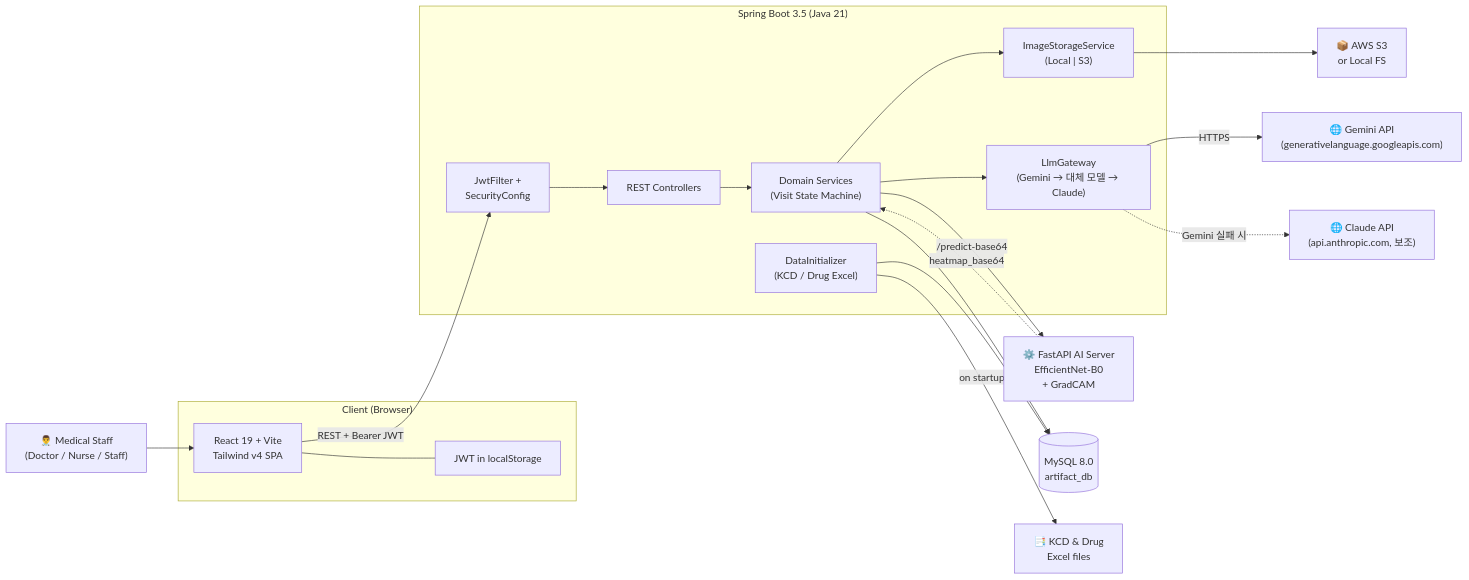
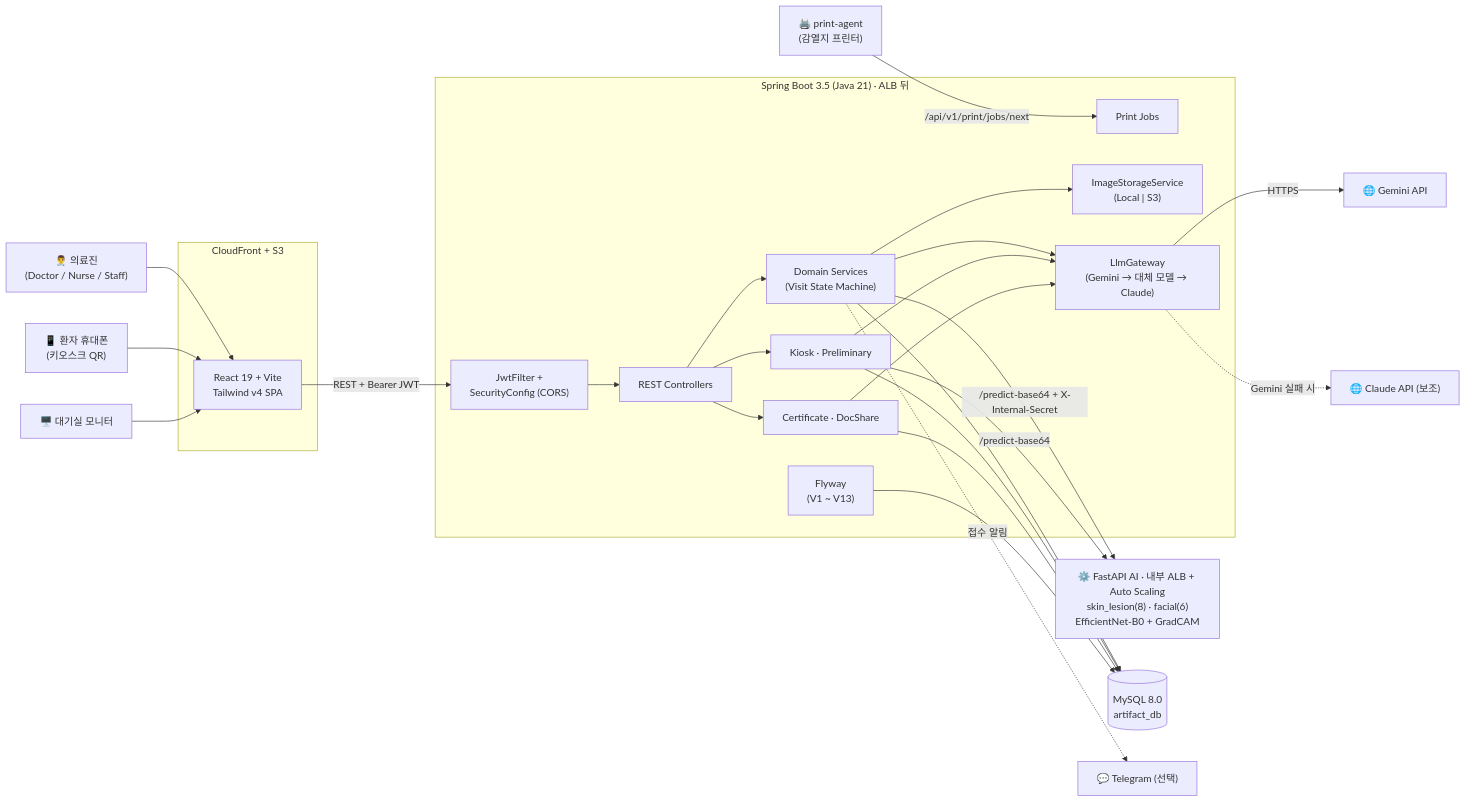
One commit to CSID-DGU/2026-1-CECD1-5-Artifact-9 changed the second of 4 diagrams in README.md. Above: the diagram before and after it, drawn with Mermaid. The commit also changed other lines of this file and 10 other files, not shown here.

First line of the commit message:
docs(readme): v2.0.0 — 최신 화면 · AWS 분리 배포 아키텍처 · 기능 · API · AI 모델 정리

````diff
--- a/README.md
+++ b/README.md
@@ -217,38 +296,49 @@
 ```mermaid
 flowchart LR
-    U["👨‍⚕️ Medical Staff<br/>(Doctor / Nurse / Staff)"]
-    subgraph CLIENT["Client (Browser)"]
+    U["👨‍⚕️ 의료진<br/>(Doctor / Nurse / Staff)"]
+    P["📱 환자 휴대폰<br/>(키오스크 QR)"]
+    M["🖥️ 대기실 모니터"]
+    subgraph EDGE["CloudFront + S3"]
         FE["React 19 + Vite<br/>Tailwind v4 SPA"]
-        TOK["JWT in localStorage"]
-        FE --- TOK
     end
-    subgraph BACKEND["Spring Boot 3.5 (Java 21)"]
-        SEC["JwtFilter +<br/>SecurityConfig"]
+    subgraph BACKEND["Spring Boot 3.5 (Java 21) · ALB 뒤"]
+        SEC["JwtFilter +<br/>SecurityConfig (CORS)"]
         API["REST Controllers"]
         SVC["Domain Services<br/>(Visit State Machine)"]
+        KIO["Kiosk · Preliminary"]
+        CERT["Certificate · DocShare"]
+        PRN["Print Jobs"]
         IMG["ImageStorageService<br/>(Local | S3)"]
-        GEM["LlmGateway<br/>(Gemini → 대체 모델 → Claude)"]
-        DI["DataInitializer<br/>(KCD / Drug Excel)"]
+        LLM["LlmGateway<br/>(Gemini → 대체 모델 → Claude)"]
+        FLY["Flyway<br/>(V1 ~ V13)"]
     end
-    AI["⚙️ FastAPI AI Server<br/>EfficientNet-B0<br/>+ GradCAM"]
+    AI["⚙️ FastAPI AI · 내부 ALB + Auto Scaling<br/>skin_lesion(8) · facial(6)<br/>EfficientNet-B0 + GradCAM"]
     DB[("MySQL 8.0<br/>artifact_db")]
-    S3["📦 AWS S3<br/>or Local FS"]
-    GAPI["🌐 Gemini API<br/>(generativelanguage.googleapis.com)"]
-    CAPI["🌐 Claude API<br/>(api.anthropic.com, 보조)"]
-    DATA["📑 KCD & Drug<br/>Excel files"]
+    GAPI["🌐 Gemini API"]
+    CAPI["🌐 Claude API (보조)"]
+    AGENT["🖨️ print-agent<br/>(감열지 프린터)"]
+    TG["💬 Telegram (선택)"]
 
     U --> FE
+    P --> FE
+    M --> FE
     FE -->|"REST + Bearer JWT"| SEC
     SEC --> API
     API --> SVC
+    API --> KIO
+    API --> CERT
     SVC --> IMG
-    SVC --> GEM
+    SVC --> LLM
+    KIO --> LLM
+    CERT --> LLM
     SVC --> DB
-    IMG --> S3
-    SVC -->|"/predict-base64"| AI
-    GEM -->|"HTTPS"| GAPI
-    GEM -.->|"Gemini 실패 시"| CAPI
-    DI -->|"on startup"| DATA
-    DI --> DB
-    AI -.->|"heatmap_base64"| SVC
+    KIO --> DB
+    CERT --> DB
+    FLY --> DB
+    SVC -->|"/predict-base64 + X-Internal-Secret"| AI
+    KIO -->|"/predict-base64"| AI
+    LLM -->|"HTTPS"| GAPI
+    LLM -.->|"Gemini 실패 시"| CAPI
+    AGENT -->|"/api/v1/print/jobs/next"| PRN
+    SVC -.->|"접수 알림"| TG
 ```
````
